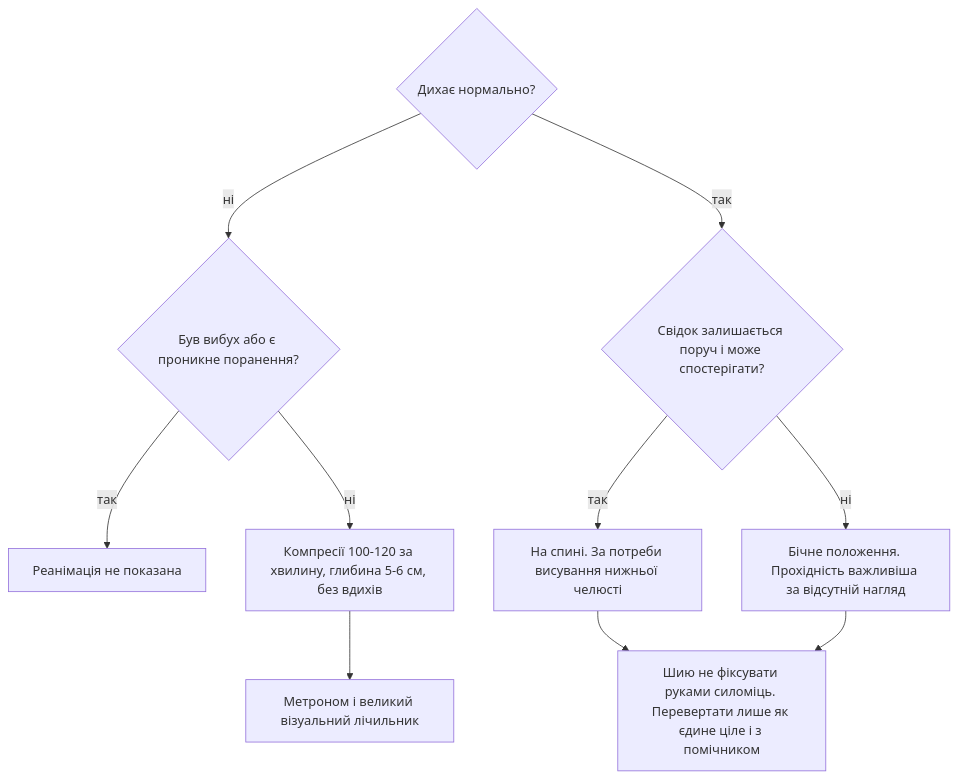
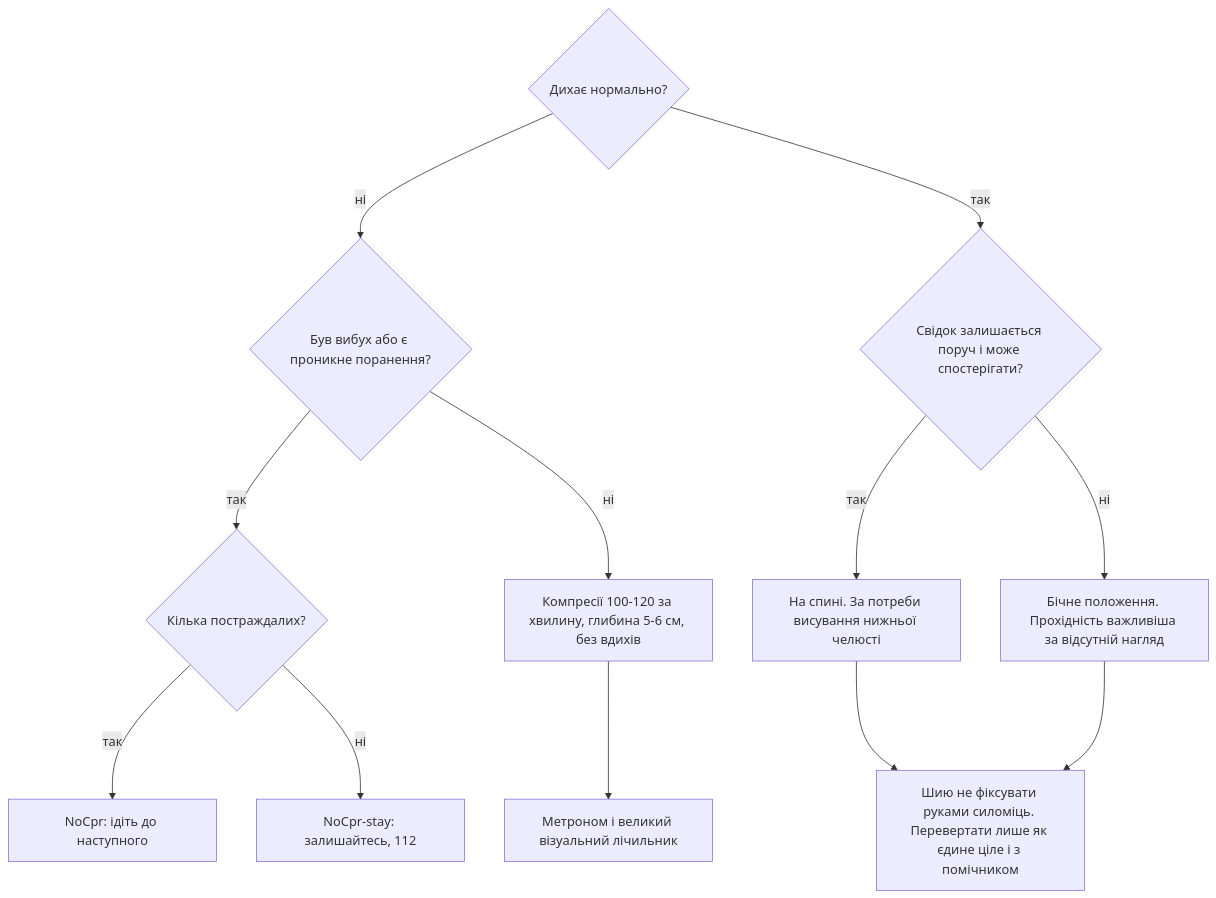
Before and after one commit to kaiserdem/ZeroEchelon: the fifth of 12 diagrams in docs/04-блок-схеми.md, drawn with Mermaid. The commit also changed other lines of this file and 28 other files, not shown here.

````diff
--- a/docs/04-блок-схеми.md
+++ b/docs/04-блок-схеми.md
@@ -158,13 +158,15 @@
 ```mermaid
 flowchart TD
   D0{"Дихає нормально?"}
   D0 -->|"ні"| D1{"Був вибух або є проникне поранення?"}
-  D1 -->|"так"| NoCpr["Реанімація не показана"]
+  D1 -->|"так"| NoCpr{"Кілька постраждалих?"}
+  NoCpr -->|"так"| NoCprGo["NoCpr: ідіть до наступного"]
+  NoCpr -->|"ні"| NoCprStay["NoCpr-stay: залишайтесь, 112"]
   D1 -->|"ні"| Cpr["Компресії 100-120 за хвилину, глибина 5-6 см, без вдихів"]
   D0 -->|"так"| D2{"Свідок залишається поруч і може спостерігати?"}
   D2 -->|"так"| Sup["На спині. За потреби висування нижньої челюсті"]
   D2 -->|"ні"| Lat["Бічне положення. Прохідність важливіша за відсутній нагляд"]
   Sup --> Neck["Шию не фіксувати руками силоміць. Перевертати лише як єдине ціле і з помічником"]
   Lat --> Neck
   Cpr --> Metron["Метроном і великий візуальний лічильник"]
 ```
````
